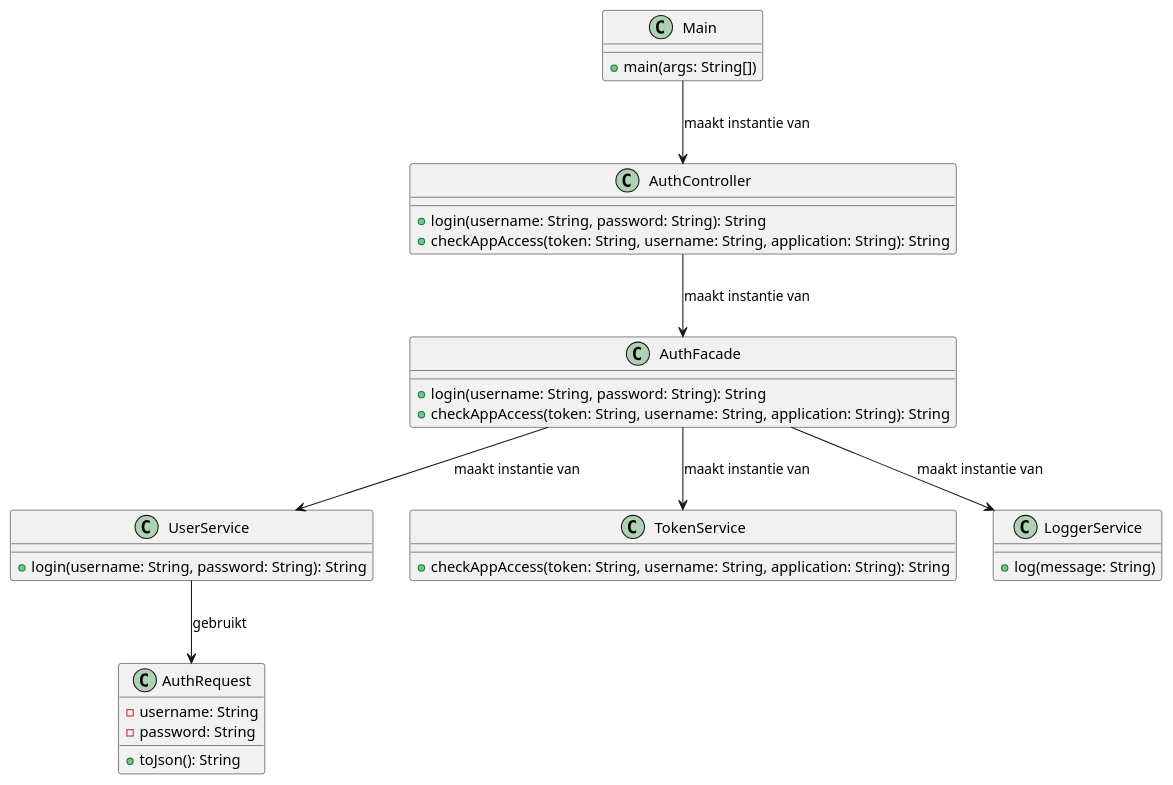
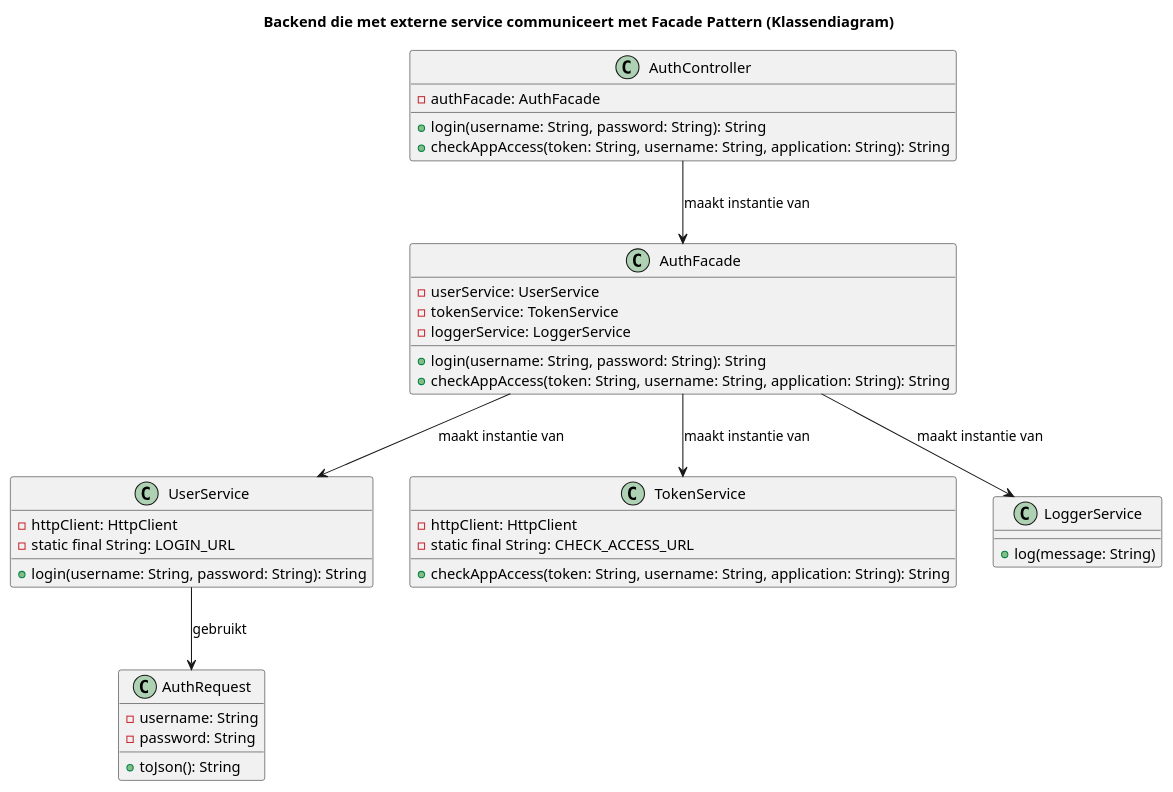
One commit to AIM-ENE-feb25/triptop-peak-performers-groep-1 changed the diagram in taha/Component- en Klassediagram ontwerpvraag/klassediagram_ontwerpvraag.puml. Above: the diagram before and after it, drawn with PlantUML. The commit also changed 1 other file, not shown here.

Commit message:
klassediagram facade aangepast

```diff
--- a/taha/Component- en Klassediagram ontwerpvraag/klassediagram_ontwerpvraag.puml
+++ b/taha/Component- en Klassediagram ontwerpvraag/klassediagram_ontwerpvraag.puml
@@ -1,42 +1,47 @@
 @startuml
 
+title Backend die met externe service communiceert met Facade Pattern (Klassendiagram)
+
 class AuthFacade {
+    -userService: UserService
+    -tokenService: TokenService
+    -loggerService: LoggerService
     +login(username: String, password: String): String
     +checkAppAccess(token: String, username: String, application: String): String
 }
 
 class UserService {
+    - httpClient: HttpClient
+    - static final String: LOGIN_URL
     +login(username: String, password: String): String
 }
 
 class TokenService {
+    - httpClient: HttpClient
+    - static final String: CHECK_ACCESS_URL
     +checkAppAccess(token: String, username: String, application: String): String
 }
 
 class LoggerService {
     +log(message: String)
 }
 
 class AuthController {
+    -authFacade: AuthFacade
     +login(username: String, password: String): String
     +checkAppAccess(token: String, username: String, application: String): String
 }
 
 class AuthRequest {
     -username: String
     -password: String
     +toJson(): String
 }
 
-class Main {
-    +main(args: String[])
-}
-
 AuthFacade --> UserService : maakt instantie van
 AuthFacade --> TokenService : maakt instantie van
 AuthFacade --> LoggerService : maakt instantie van
 AuthController --> AuthFacade : maakt instantie van
-Main --> AuthController : maakt instantie van
 UserService --> AuthRequest : gebruikt
 
 @enduml
```
